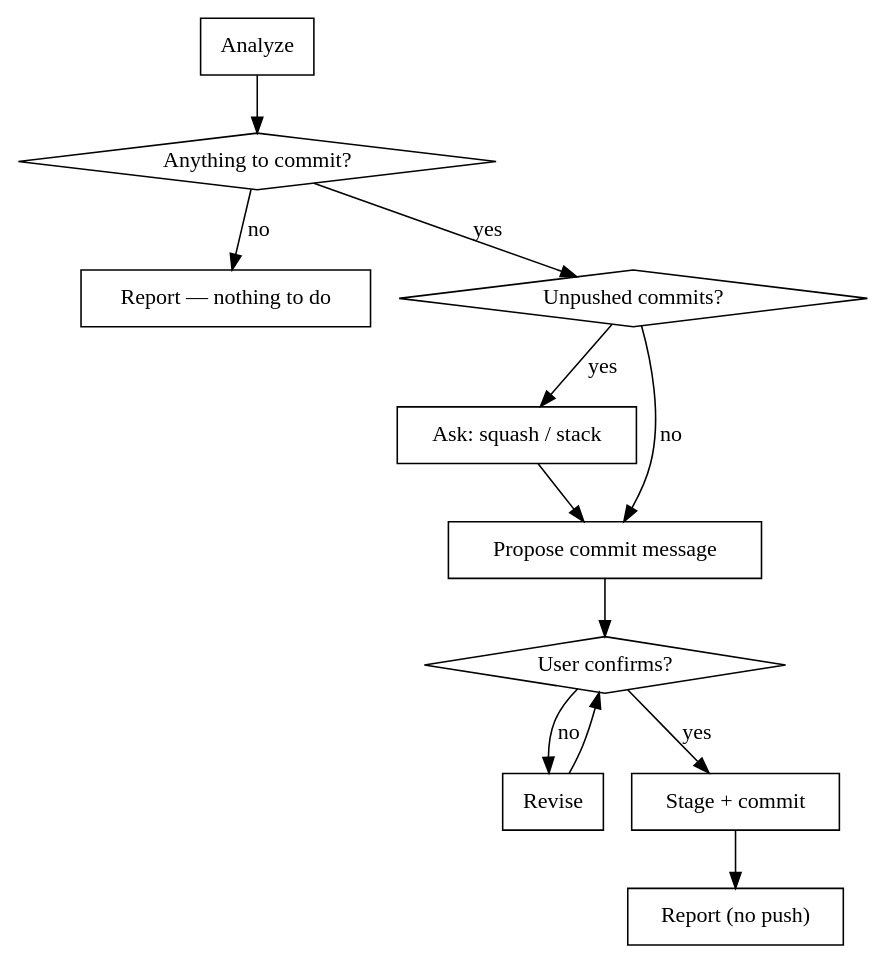
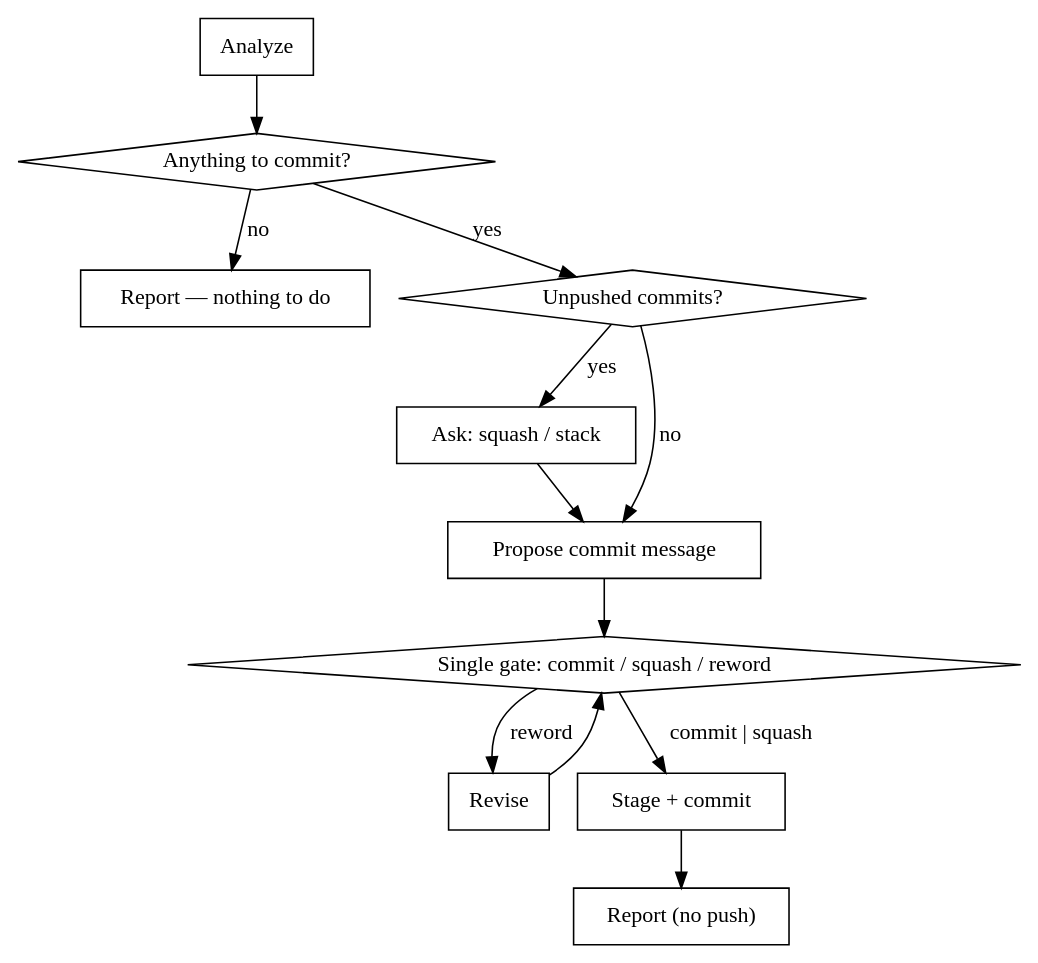
One commit to l0lxl0lw/dotfiles changed the diagram in ai/shared/skills/git/git-commit/SKILL.md. Above: the diagram before and after it, drawn with Graphviz. The commit also changed other lines of this file and 4 other files, not shown here.

First line of the commit message:
refactor(skills): collapse the git skills to a single question gate

````diff
--- a/ai/shared/skills/git/git-commit/SKILL.md
+++ b/ai/shared/skills/git/git-commit/SKILL.md
@@ -25,26 +25,26 @@
 ```dot
 digraph commit {
     "Analyze" [shape=box];
     "Anything to commit?" [shape=diamond];
     "Report — nothing to do" [shape=box];
     "Unpushed commits?" [shape=diamond];
     "Ask: squash / stack" [shape=box];
     "Propose commit message" [shape=box];
-    "User confirms?" [shape=diamond];
+    "Single gate: commit / squash / reword" [shape=diamond];
     "Revise" [shape=box];
     "Stage + commit" [shape=box];
     "Report (no push)" [shape=box];
 
     "Analyze" -> "Anything to commit?";
     "Anything to commit?" -> "Report — nothing to do" [label="no"];
     "Anything to commit?" -> "Unpushed commits?" [label="yes"];
     "Unpushed commits?" -> "Ask: squash / stack" [label="yes"];
     "Unpushed commits?" -> "Propose commit message" [label="no"];
     "Ask: squash / stack" -> "Propose commit message";
-    "Propose commit message" -> "User confirms?";
-    "User confirms?" -> "Revise" [label="no"];
-    "Revise" -> "User confirms?";
-    "User confirms?" -> "Stage + commit" [label="yes"];
+    "Propose commit message" -> "Single gate: commit / squash / reword";
+    "Single gate: commit / squash / reword" -> "Revise" [label="reword"];
+    "Revise" -> "Single gate: commit / squash / reword";
+    "Single gate: commit / squash / reword" -> "Stage + commit" [label="commit | squash"];
     "Stage + commit" -> "Report (no push)";
 }
 ```
````
